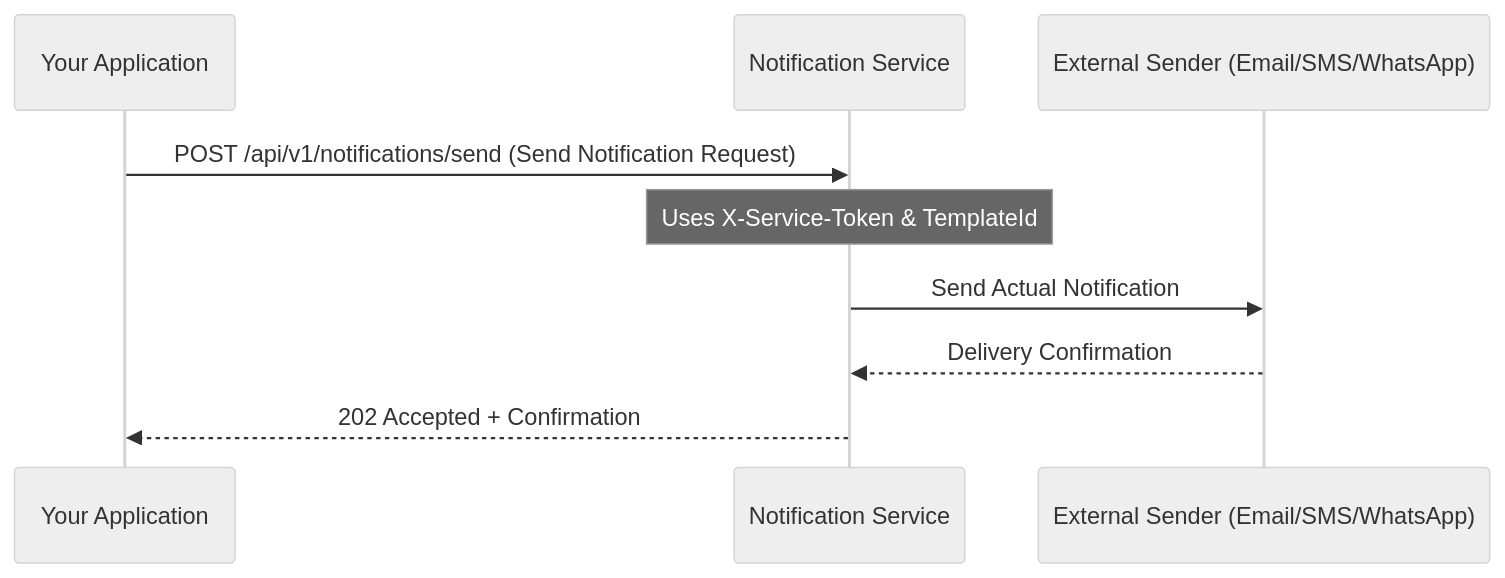
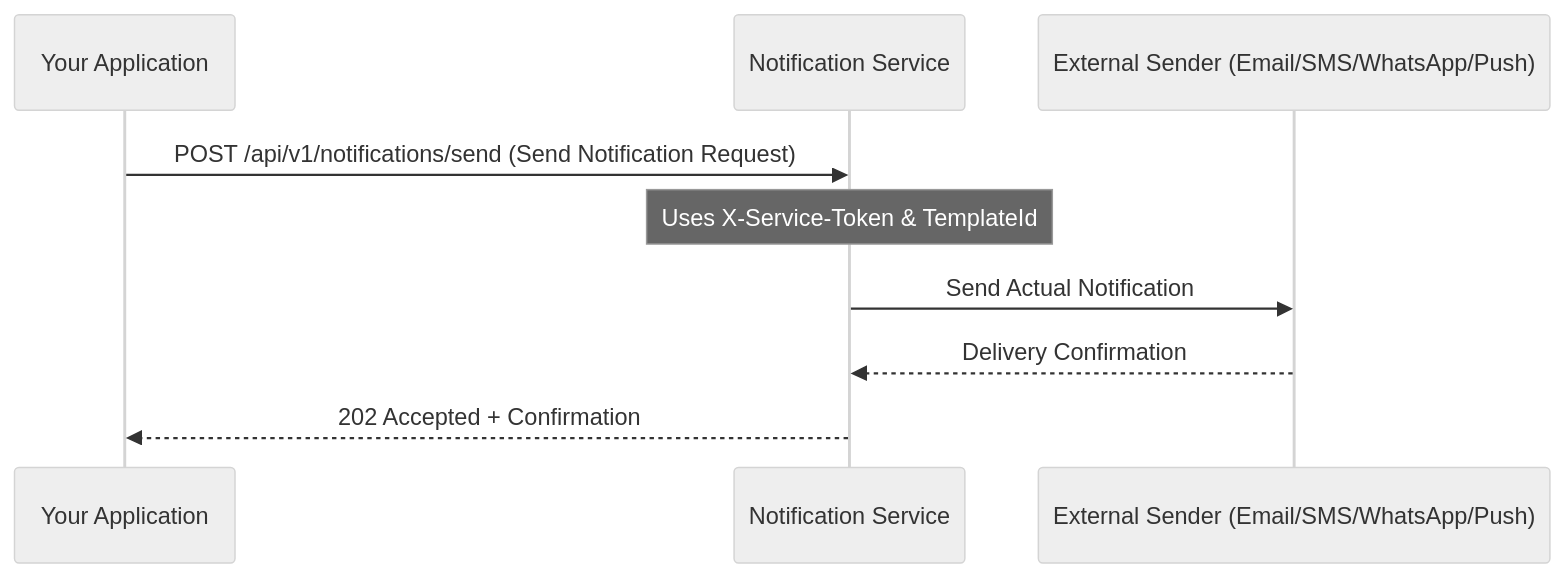
Before and after one commit to projet-synthese-gi26/notification: the third of 5 diagrams in README.md, drawn with Mermaid (neutral theme). The commit also changed other lines of this file and 24 other files, not shown here.

````diff
--- a/README.md
+++ b/README.md
@@ -179,12 +180,12 @@
 ```mermaid
 sequenceDiagram
     participant YourApp as Your Application
     participant NotificationService as Notification Service
-    participant ExternalService as External Sender (Email/SMS/WhatsApp)
+    participant ExternalService as External Sender (Email/SMS/WhatsApp/Push)
 
     YourApp->>NotificationService: POST /api/v1/notifications/send (Send Notification Request)
     Note over NotificationService: Uses X-Service-Token & TemplateId
     NotificationService->>ExternalService: Send Actual Notification
     ExternalService-->>NotificationService: Delivery Confirmation
     NotificationService-->>YourApp: 202 Accepted + Confirmation
 ```
````
